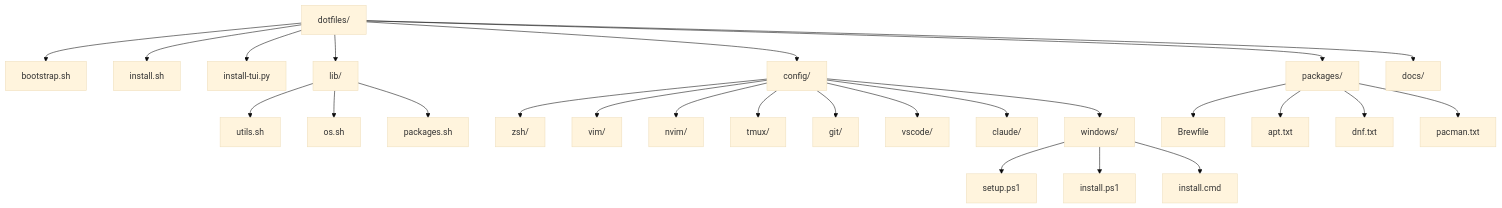
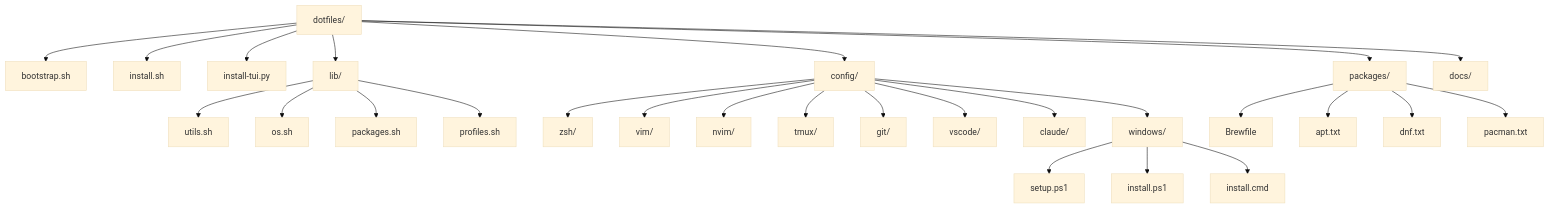
One commit to wit543/dotfiles changed diagram 18 of 24 in docs/ARCHITECTURE.md. Above: the diagram before and after it, drawn with Mermaid (base theme). The commit also changed other lines of this file and 10 other files, not shown here.

````diff
--- a/docs/ARCHITECTURE.md
+++ b/docs/ARCHITECTURE.md
@@ -434,32 +562,33 @@
 ```mermaid
 graph TD
     A[dotfiles/] --> B[bootstrap.sh]
     A --> C[install.sh]
     A --> D[install-tui.py]
     A --> E[lib/]
     A --> F[config/]
     A --> G[packages/]
     A --> H[docs/]
 
     E --> E1[utils.sh]
     E --> E2[os.sh]
     E --> E3[packages.sh]
+    E --> E4[profiles.sh]
 
     F --> F1[zsh/]
     F --> F2[vim/]
     F --> F3[nvim/]
     F --> F4[tmux/]
     F --> F5[git/]
     F --> F6[vscode/]
     F --> F7[claude/]
     F --> F8[windows/]
 
     G --> G1[Brewfile]
     G --> G2[apt.txt]
     G --> G3[dnf.txt]
     G --> G4[pacman.txt]
 
     F8 --> W1[setup.ps1]
     F8 --> W2[install.ps1]
     F8 --> W3[install.cmd]
 ```
````
